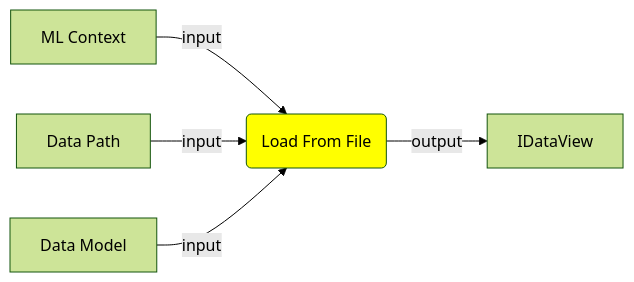
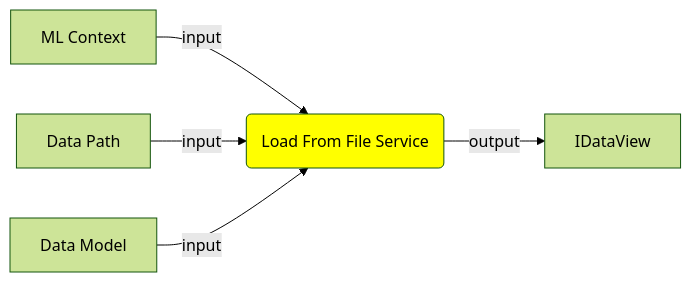
Before and after one commit to imiiii/Wiki-For-ML-Project: diagram 11 of 15 in Test/SubPage.md, drawn with Mermaid (forest theme). The commit also changed other lines of this file, not shown here.

```diff
--- a/Test/SubPage.md
+++ b/Test/SubPage.md
@@ -168,9 +168,9 @@
 ::: mermaid
  graph LR;
- A[ML Context] -->|input| B(Load From File) -->|output| C[IDataView];
-g[Data Path] --> |input|B
-d[Data Model] --> |input|B
-style B fill:#FFFF00
+ A1[ML Context] -->|input| A2(Load From File Service) -->|output| A3[IDataView];
+A4[Data Path] --> |input|A2
+A5[Data Model] --> |input|A2
+style A2 fill:#FFFF00
 
 
 :::
```
